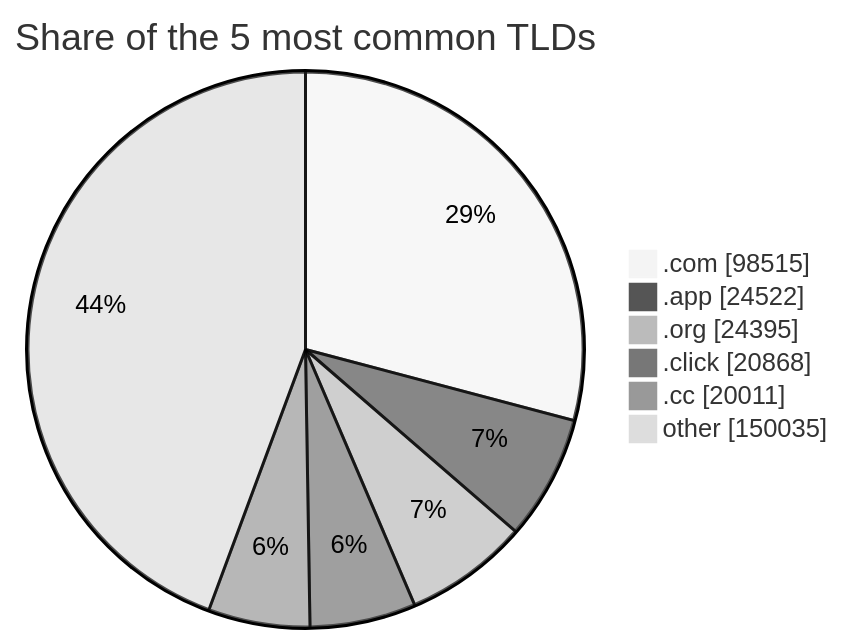
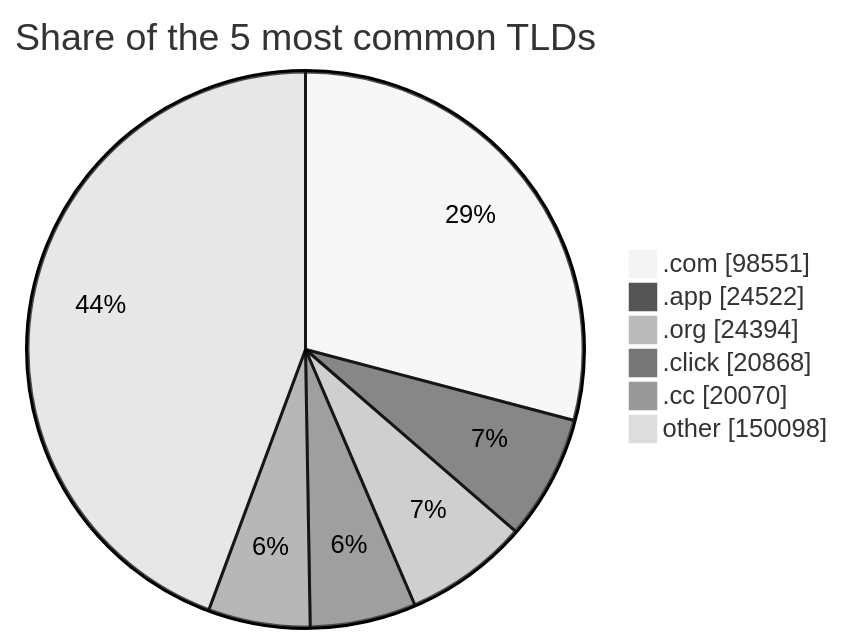
The third of 3 diagrams in README.md (DNSBunker/CTI), drawn with Mermaid (neutral theme) before and after one commit. The commit also changed other lines of this file and 4 other files, not shown here.

````diff
--- a/README.md
+++ b/README.md
@@ -81,9 +81,9 @@
 ```mermaid
 pie showData title Share of the 5 most common TLDs
-    ".com" : 98515
+    ".com" : 98551
     ".app" : 24522
-    ".org" : 24395
+    ".org" : 24394
     ".click" : 20868
-    ".cc" : 20011
-    "other" : 150035
+    ".cc" : 20070
+    "other" : 150098
 ```
````
